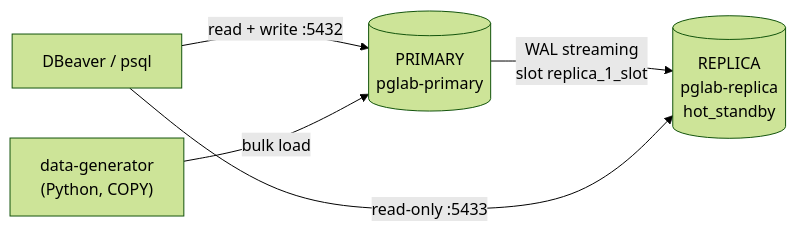
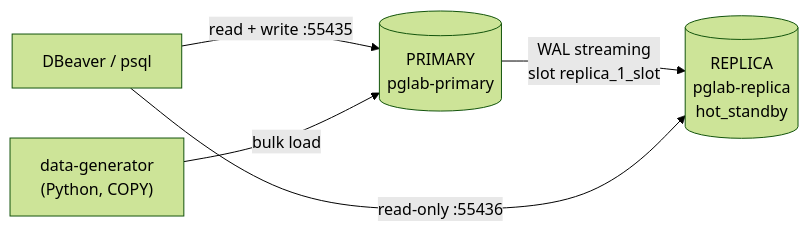
Before and after one commit to Huy-8bit/interview: the diagram in database/README.md, drawn with Mermaid (forest theme). The commit also changed other lines of this file and 279 other files, not shown here.

````diff
--- a/database/README.md
+++ b/database/README.md
@@ -10,7 +10,7 @@
 ```mermaid
 flowchart LR
-    DBeaver["DBeaver / psql"] -->|"read + write :5432"| P[("PRIMARY<br/>pglab-primary")]
+    DBeaver["DBeaver / psql"] -->|"read + write :55435"| P[("PRIMARY<br/>pglab-primary")]
     Gen["data-generator<br/>(Python, COPY)"] -->|"bulk load"| P
     P -->|"WAL streaming<br/>slot replica_1_slot"| R[("REPLICA<br/>pglab-replica<br/>hot_standby")]
-    DBeaver -->|"read-only :5433"| R
+    DBeaver -->|"read-only :55436"| R
 ```
````
